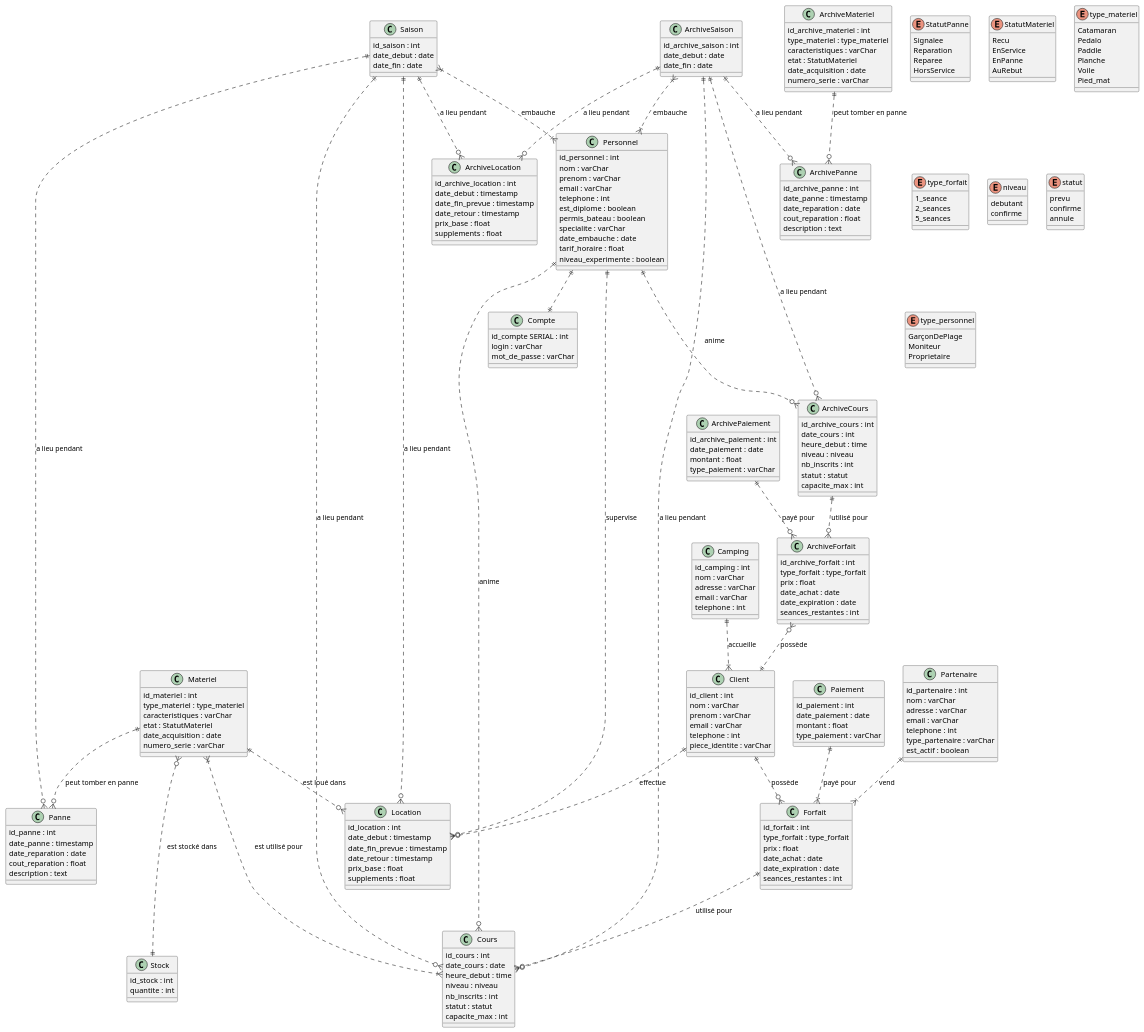
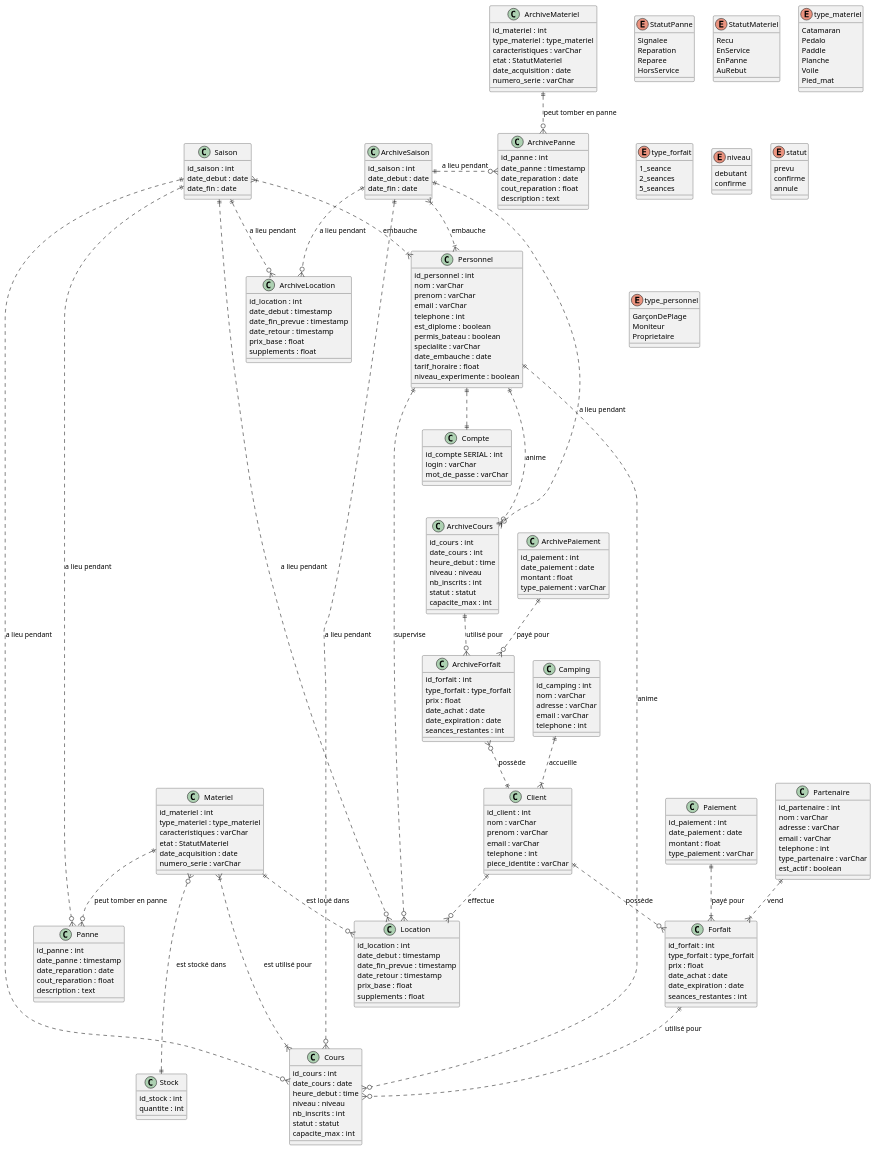
The diagram in docs/1-analysis/generalLogiqueDesignClassDiagram copy.puml (Hugo-COLLIN/MIAGE_CSI_NauticalClub), drawn with PlantUML before and after one commit. The commit also changed 2 other files, not shown here.

Commit message:
modif archive physique logique et sql

```diff
--- a/docs/1-analysis/generalLogiqueDesignClassDiagram copy.puml
+++ b/docs/1-analysis/generalLogiqueDesignClassDiagram copy.puml
@@ -20,7 +20,7 @@
     }
 
     class ArchiveSaison {
-        id_archive_saison : int
+        id_saison : int
         date_debut : date
         date_fin : date
     }
@@ -44,7 +44,7 @@
     }
 
     class ArchiveMateriel {
-        id_archive_materiel : int
+        id_materiel : int
         type_materiel : type_materiel
         caracteristiques : varChar
         etat : StatutMateriel
@@ -62,7 +62,7 @@
     }
 
     class ArchiveForfait {
-        id_archive_forfait : int
+        id_forfait : int
         type_forfait : type_forfait
         prix : float
         date_achat : date
@@ -99,7 +99,7 @@
     }
 
     class ArchiveCours {
-        id_archive_cours : int
+        id_cours : int
         date_cours : int
         heure_debut : time
         niveau : niveau
@@ -118,7 +118,7 @@
     }
 
     class ArchiveLocation {
-        id_archive_location : int
+        id_location : int
         date_debut : timestamp
         date_fin_prevue : timestamp
         date_retour : timestamp
@@ -135,7 +135,7 @@
     }
 
     class ArchivePanne {
-        id_archive_panne : int 
+        id_panne : int 
         date_panne : timestamp
         date_reparation : date
         cout_reparation : float
@@ -155,7 +155,7 @@
     }
 
     class ArchivePaiement {
-        id_archive_paiement : int
+        id_paiement : int
         date_paiement : date
         montant : float
         type_paiement : varChar
@@ -232,12 +232,12 @@
     Paiement ||..|{ Forfait: payé pour
     Saison }|..|{ Personnel: embauche
     Saison ||..o{ Cours: a lieu pendant
-    Saison ||..o{ Location: a lieu pendant
-    Saison ||..o{ Panne: a lieu pendant
+    Saison ||.o{ Location: a lieu pendant
+    Saison ||.o{ Panne: a lieu pendant
     Saison ||..o{ ArchiveLocation: a lieu pendant
     ArchiveSaison }|..|{ Personnel: embauche
     ArchiveSaison ||..o{ Cours: a lieu pendant
-    ArchiveSaison ||..o{ ArchivePanne: a lieu pendant
+    ArchiveSaison ||.o{ ArchivePanne: a lieu pendant
     ArchiveSaison ||..o{ ArchiveCours: a lieu pendant
     ArchiveSaison ||..o{ ArchiveLocation: a lieu pendant
     ArchivePaiement ||..o{ ArchiveForfait: payé pour
```
